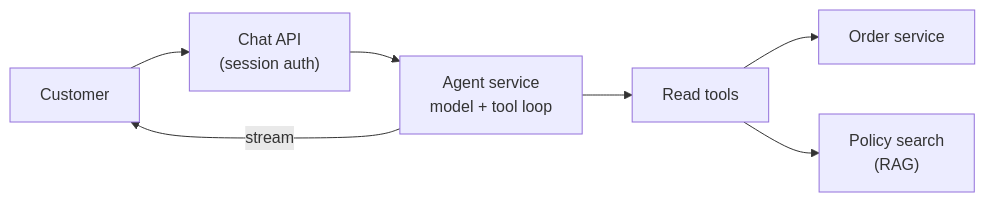
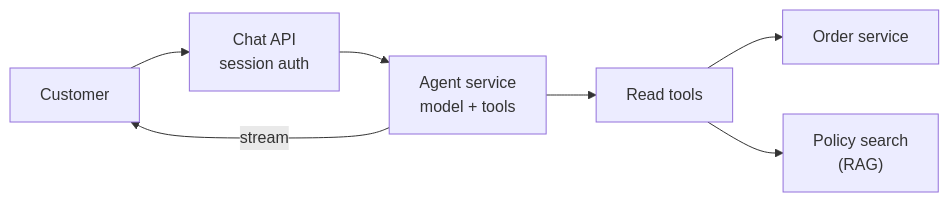
One commit to shubamchaudhary/CodeNITW changed the first of 3 diagrams in src/Data/aiStackDocs/DP-02.md. Above: the diagram before and after it, drawn with Mermaid. The commit also changed other lines of this file and 15 other files, not shown here.

````diff
--- a/src/Data/aiStackDocs/DP-02.md
+++ b/src/Data/aiStackDocs/DP-02.md
@@ -71,9 +62,9 @@
 ```mermaid
 flowchart LR
-    C["Customer"] --> CH["Chat API<br/>(session auth)"]
-    CH --> AG["Agent service<br/>model + tool loop"]
+    C["Customer"] --> CH["Chat API<br/>session auth"]
+    CH --> AG["Agent service<br/>model + tools"]
     AG --> RT["Read tools"]
     RT --> OS["Order service"]
     RT --> PS["Policy search<br/>(RAG)"]
     AG -->|"stream"| C
 ```
````
